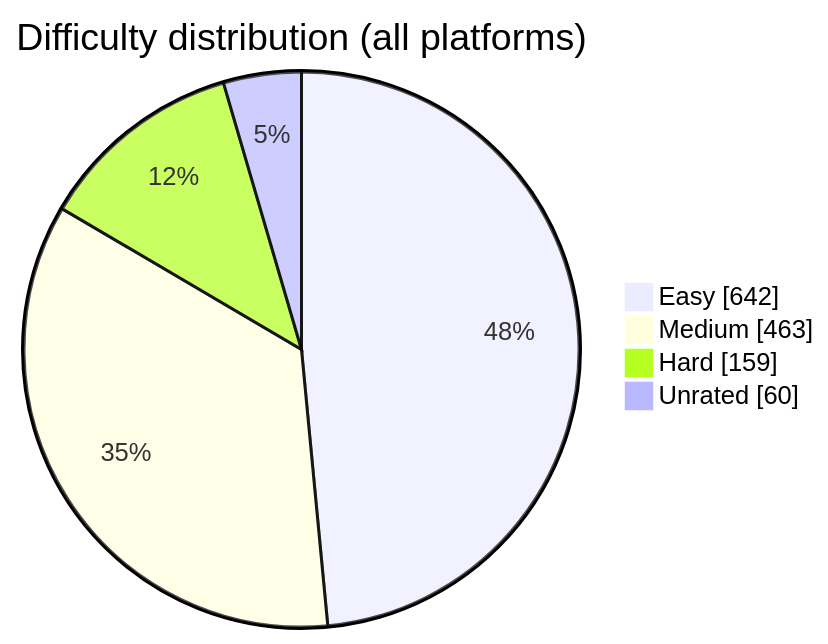
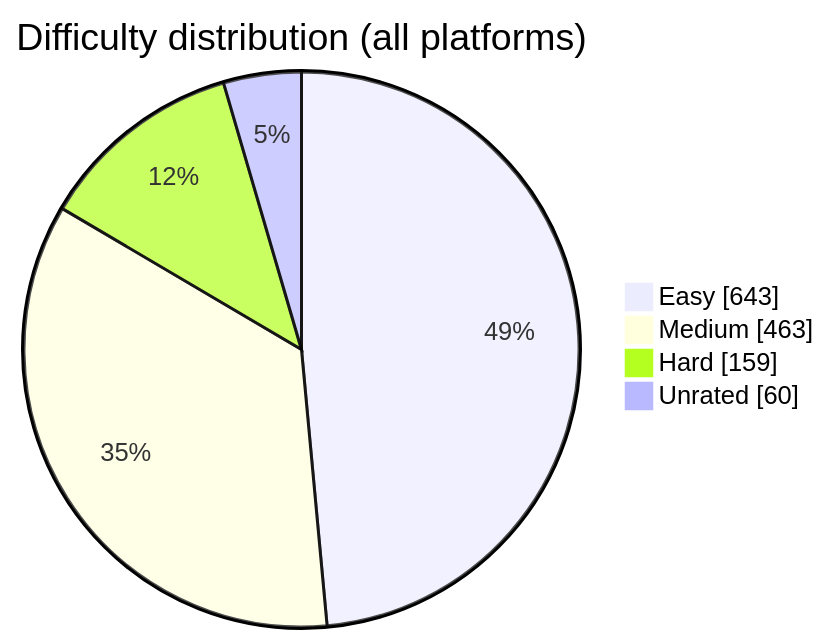
The diagram in README.md (BuildbyArindam/Daily-Coding-Log), drawn with Mermaid before and after one commit. The commit also changed other lines of this file, not shown here.

````diff
--- a/README.md
+++ b/README.md
@@ -93,7 +93,7 @@
 ```mermaid
 pie showData title Difficulty distribution (all platforms)
-    "Easy" : 642
+    "Easy" : 643
     "Medium" : 463
     "Hard" : 159
     "Unrated" : 60
 ```
````
